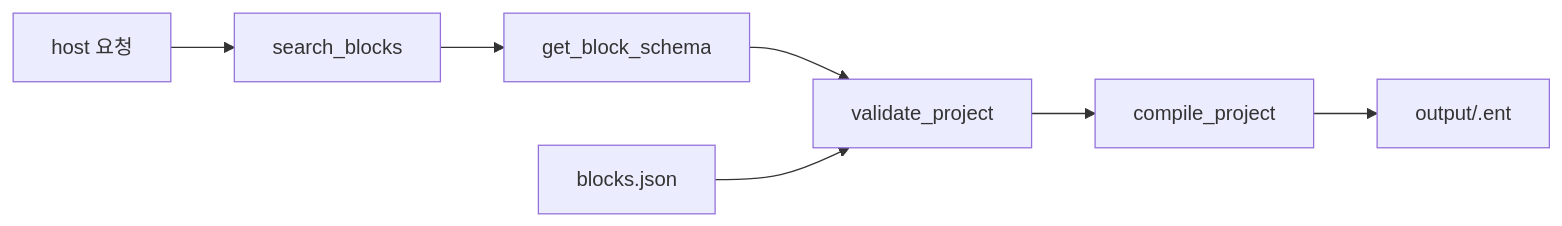
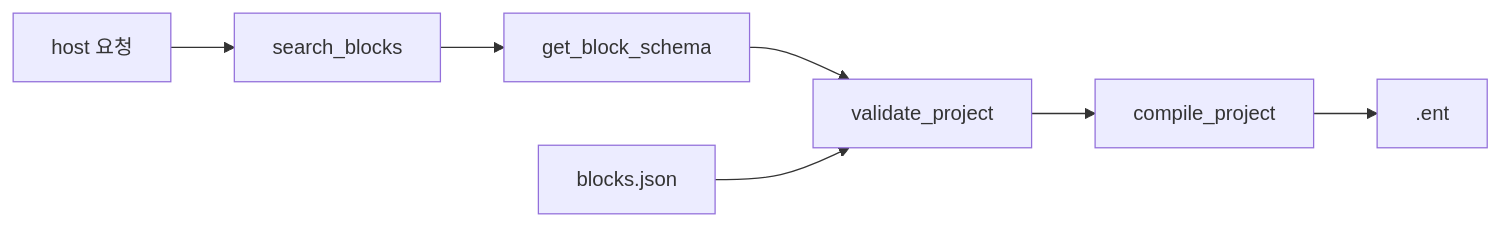
Before and after one commit to seohuda/entry-vibe-mcp: the diagram in README.md, drawn with Mermaid. The commit also changed other lines of this file and 3 other files, not shown here.

First line of the commit message:
fix(server): drop the output/ subfolder, write .ent directly into the host's cwd

````diff
--- a/README.md
+++ b/README.md
@@ -231,10 +231,10 @@
 ```mermaid
 flowchart LR
   Host[host 요청] --> Search[search_blocks]
   Search --> Schema[get_block_schema]
   Schema --> Validate[validate_project]
   Validate --> Compile[compile_project]
-  Compile --> Out[output/.ent]
+  Compile --> Out[.ent]
 
   Catalog[blocks.json] --> Validate
 ```
````
